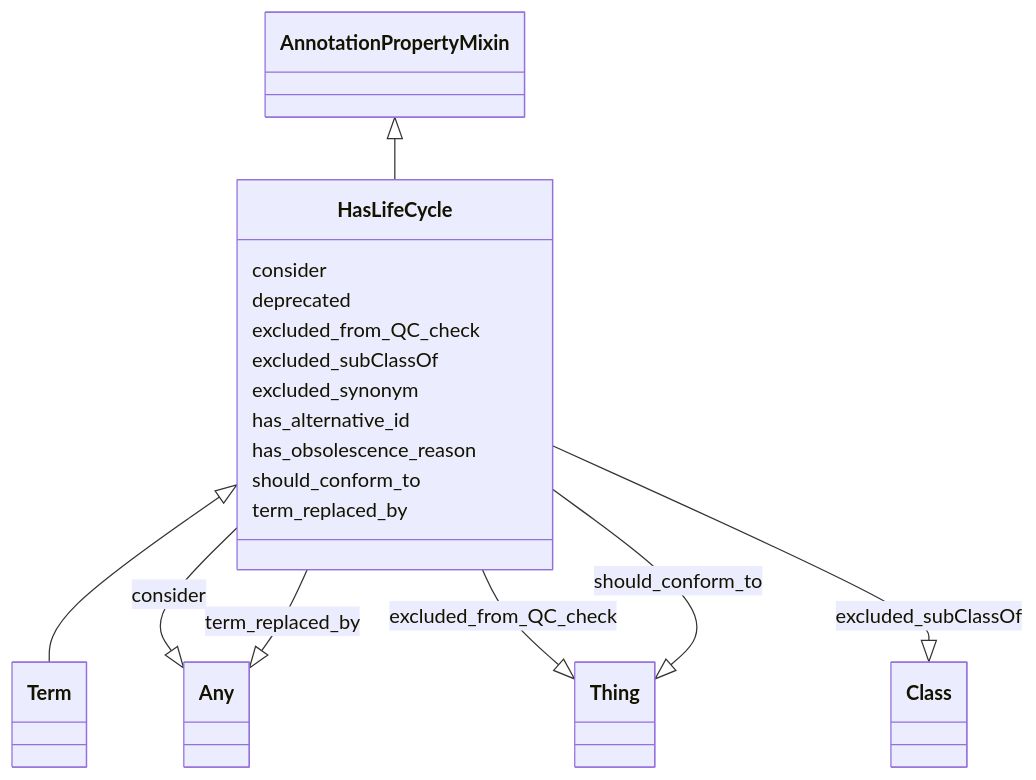
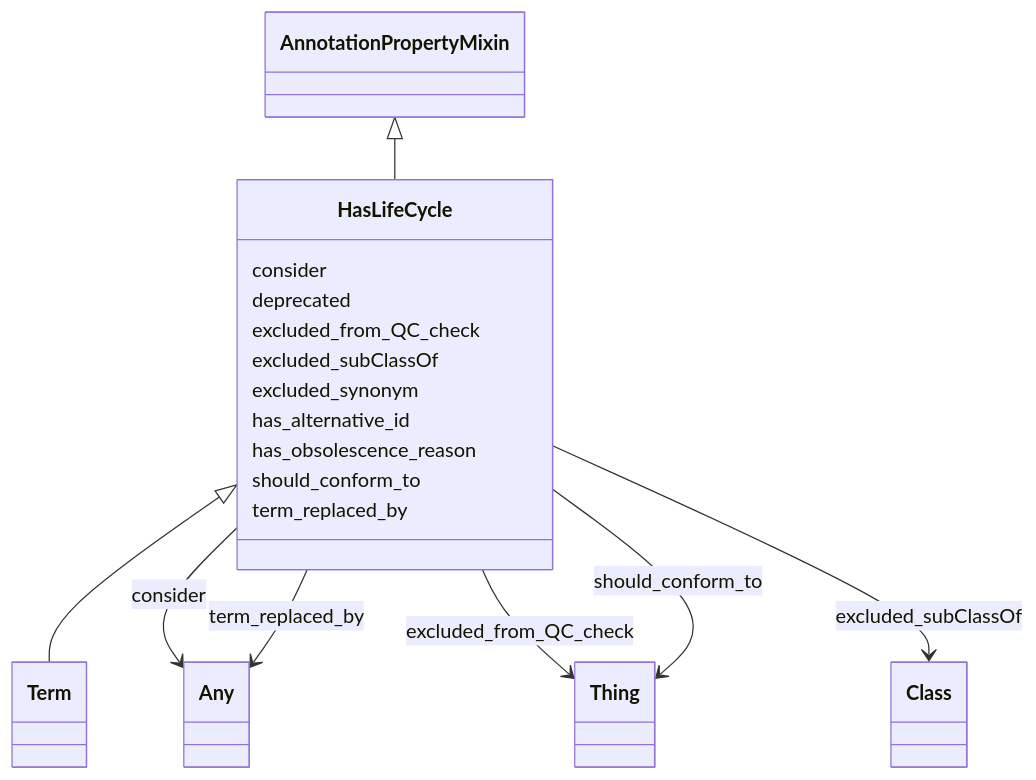
Before and after one commit to INCATools/ontology-access-kit: the diagram in ontology-metadata/HasLifeCycle.md, drawn with Mermaid. The commit also changed 389 other files, not shown here.

````diff
--- a/ontology-metadata/HasLifeCycle.md
+++ b/ontology-metadata/HasLifeCycle.md
@@ -10,39 +10,39 @@
 ```{mermaid}
  classDiagram
     class HasLifeCycle
       AnnotationPropertyMixin <|-- HasLifeCycle
       
 
       HasLifeCycle <|-- Term
       
       
       HasLifeCycle : consider
         
-          HasLifeCycle --|> Any : consider
+          HasLifeCycle --> Any : consider
         
       HasLifeCycle : deprecated
         
       HasLifeCycle : excluded_from_QC_check
         
-          HasLifeCycle --|> Thing : excluded_from_QC_check
+          HasLifeCycle --> Thing : excluded_from_QC_check
         
       HasLifeCycle : excluded_subClassOf
         
-          HasLifeCycle --|> Class : excluded_subClassOf
+          HasLifeCycle --> Class : excluded_subClassOf
         
       HasLifeCycle : excluded_synonym
         
       HasLifeCycle : has_alternative_id
         
       HasLifeCycle : has_obsolescence_reason
         
       HasLifeCycle : should_conform_to
         
-          HasLifeCycle --|> Thing : should_conform_to
+          HasLifeCycle --> Thing : should_conform_to
         
       HasLifeCycle : term_replaced_by
         
-          HasLifeCycle --|> Any : term_replaced_by
+          HasLifeCycle --> Any : term_replaced_by
         
       
 ```
````
